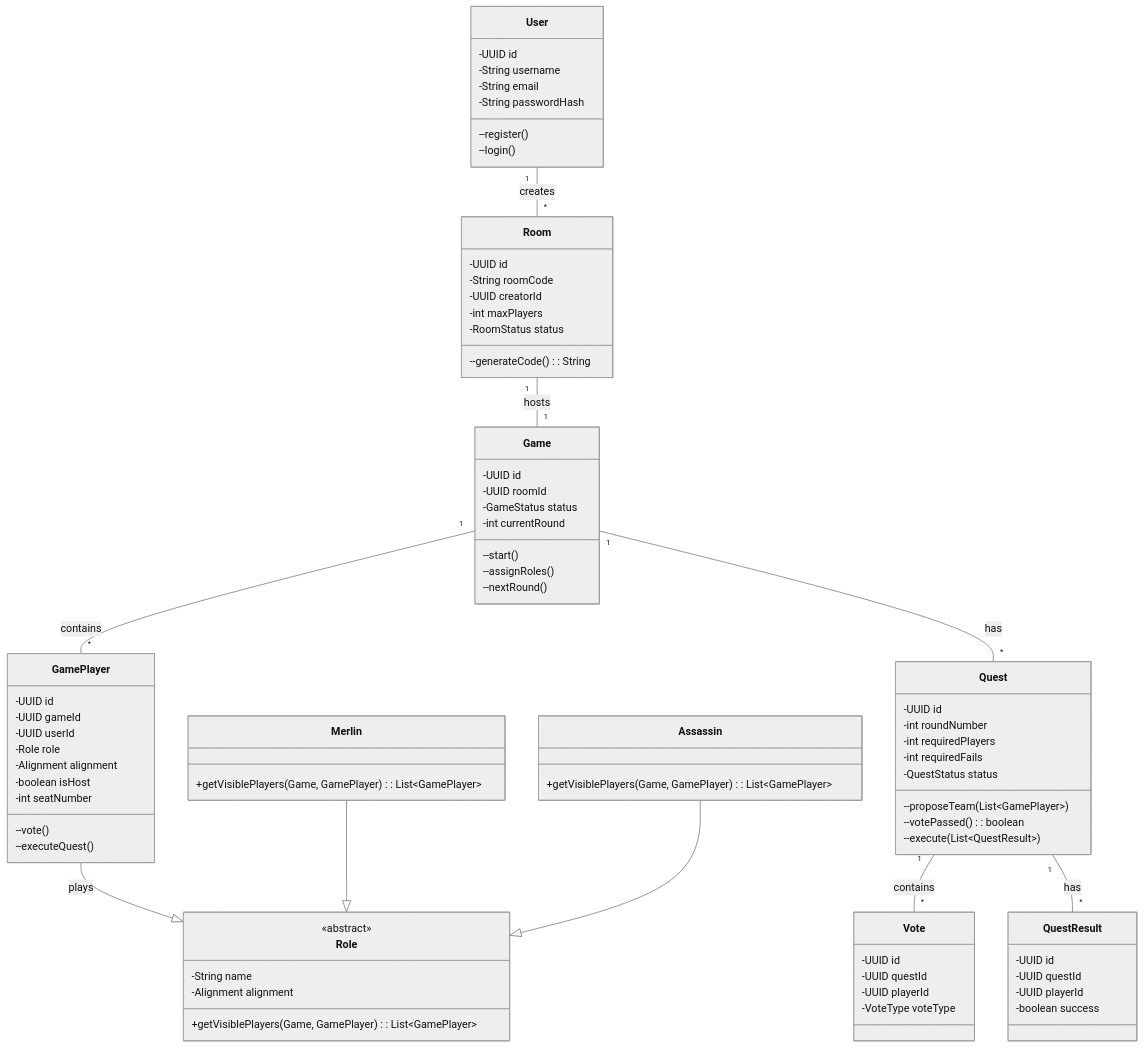
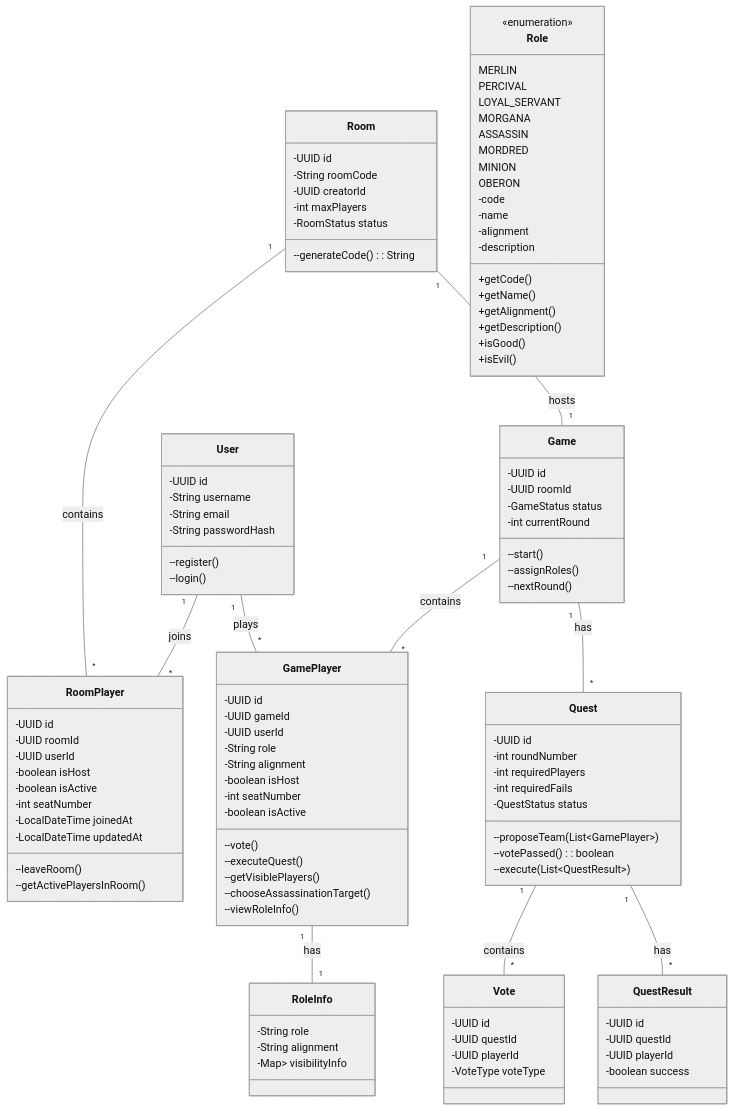
The third of 6 diagrams in .trae/documents/avalon_technical_architecture.md (xiaolinstar/avalon), drawn with Mermaid (neutral theme) before and after one commit. The commit also changed other lines of this file and 17 other files, not shown here.

````diff
--- a/.trae/documents/avalon_technical_architecture.md
+++ b/.trae/documents/avalon_technical_architecture.md
@@ -730,6 +530,18 @@
         -RoomStatus status
         --generateCode(): String
     }
+    class RoomPlayer {
+        -UUID id
+        -UUID roomId
+        -UUID userId
+        -boolean isHost
+        -boolean isActive
+        -int seatNumber
+        -LocalDateTime joinedAt
+        -LocalDateTime updatedAt
+        --leaveRoom()
+        --getActivePlayersInRoom()
+    }
     class Game {
         -UUID id
         -UUID roomId
@@ -743,25 +555,46 @@
         -UUID id
         -UUID gameId
         -UUID userId
-        -Role role
-        -Alignment alignment
+        -String role
+        -String alignment
         -boolean isHost
         -int seatNumber
+        -boolean isActive
         --vote()
         --executeQuest()
+        --getVisiblePlayers()
+        --chooseAssassinationTarget()
+        --viewRoleInfo()
     }
+    
+    class RoleInfo {
+        -String role
+        -String alignment
+        -Map<String, List<String>> visibilityInfo
+    }
+    
     class Role {
-        <<abstract>>
-        -String name
-        -Alignment alignment
-        +getVisiblePlayers(Game, GamePlayer): List~GamePlayer~
+        <<enumeration>>
+        MERLIN
+        PERCIVAL
+        LOYAL_SERVANT
+        MORGANA
+        ASSASSIN
+        MORDRED
+        MINION
+        OBERON
+        -code
+        -name
+        -alignment
+        -description
+        +getCode()
+        +getName()
+        +getAlignment()
+        +getDescription()
+        +isGood()
+        +isEvil()
     }
-    class Merlin {
-        +getVisiblePlayers(Game, GamePlayer): List~GamePlayer~
-    }
-    class Assassin {
-        +getVisiblePlayers(Game, GamePlayer): List~GamePlayer~
-    }
+    
     class Quest {
         -UUID id
         -int roundNumber
@@ -785,13 +618,13 @@
         -boolean success
     }
 
-    User "1" -- "*" Room : creates
+    User "1" -- "*" RoomPlayer : joins
+    Room "1" -- "*" RoomPlayer : contains
     Room "1" -- "1" Game : hosts
     Game "1" -- "*" GamePlayer : contains
-    GamePlayer --|> Role : plays
+    User "1" -- "*" GamePlayer : plays
     Game "1" -- "*" Quest : has
     Quest "1" -- "*" Vote : contains
     Quest "1" -- "*" QuestResult : has
-    Merlin --|> Role
-    Assassin --|> Role
+    GamePlayer "1" -- "1" RoleInfo : has
 ```
````
